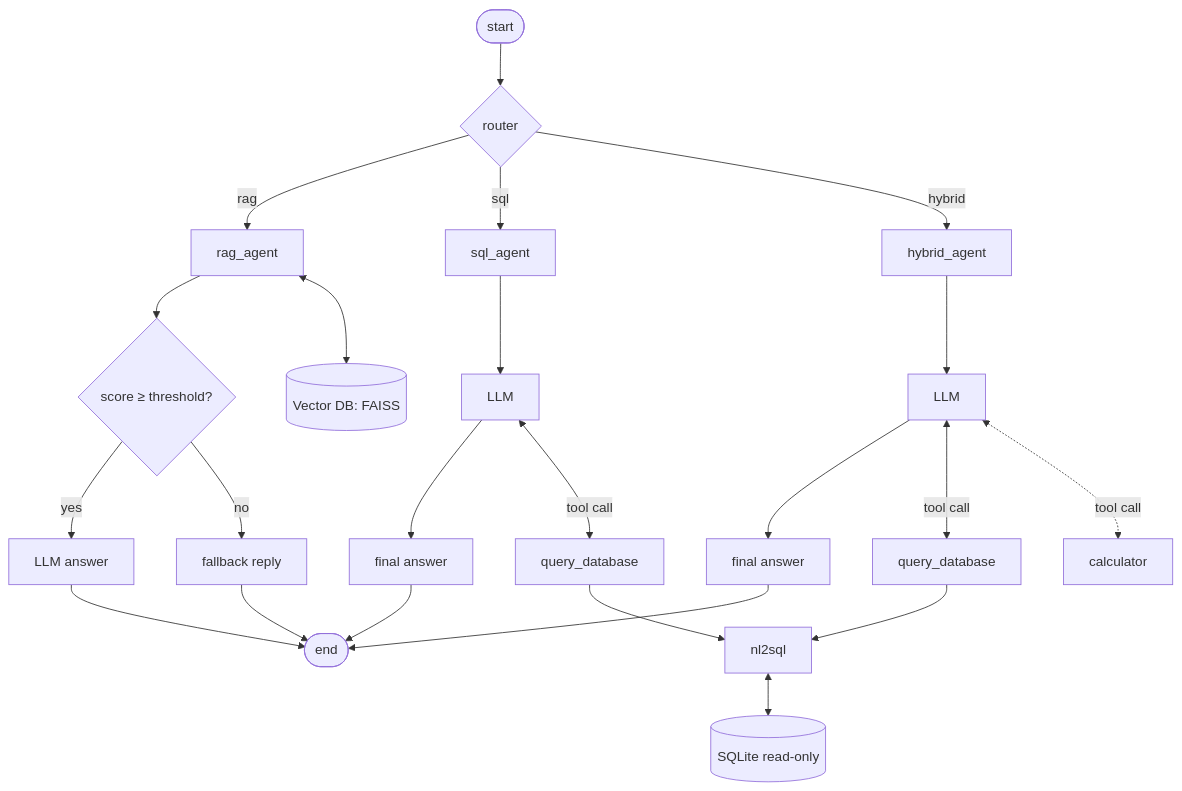
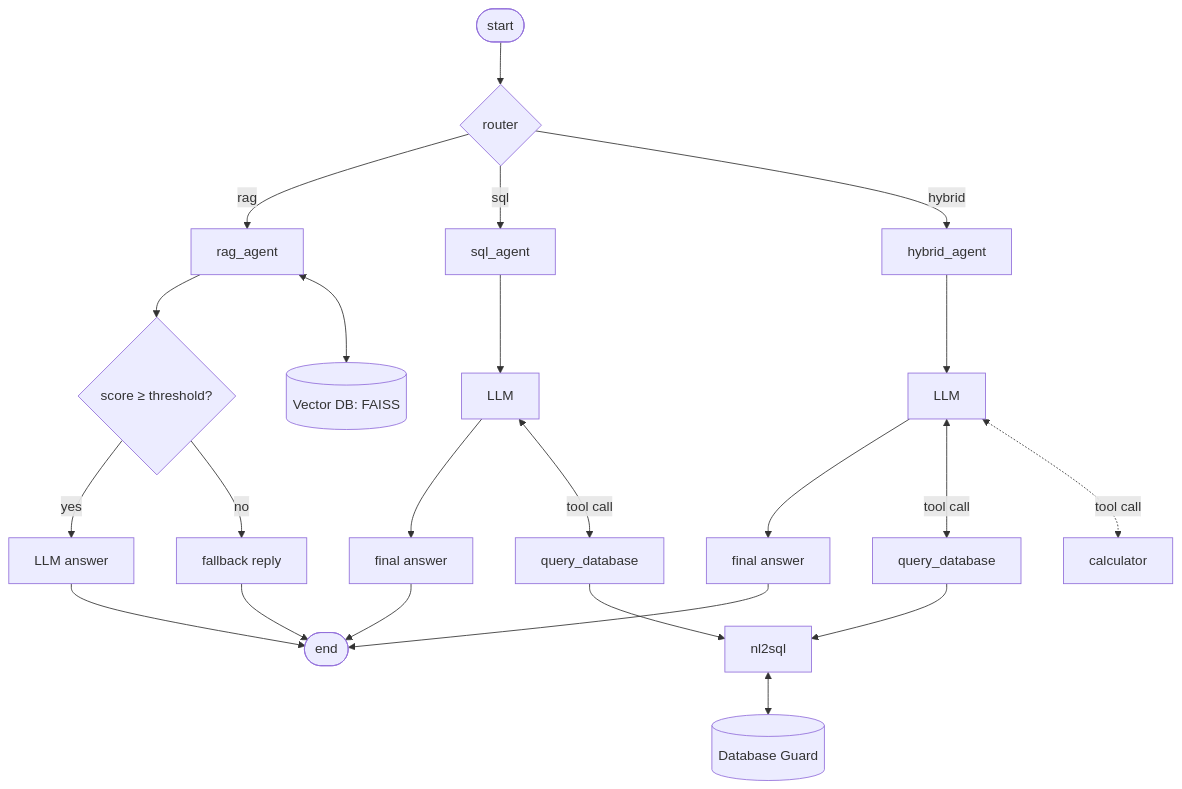
One commit to M-Taghizadeh/Adan_Agent changed the first of 3 diagrams in README.md. Above: the diagram before and after it, drawn with Mermaid.

````diff
--- a/README.md
+++ b/README.md
@@ -86,30 +86,30 @@
 ```mermaid
 flowchart TD
     S([start]) --> R{router}
     R -- rag --> RAG[rag_agent]
     R -- sql --> SQL[sql_agent]
     R -- hybrid --> HYB[hybrid_agent]
 
     RAG --> RF{score ≥ threshold?}
     RF -- yes --> RA[LLM answer]
     RF -- no --> RN[fallback reply]
     RAG <--> FAISS[(Vector DB: FAISS)]
 
     SQL --> SLLM[LLM]
     SLLM --> SA[final answer]
     SLLM <-- "tool call" --> SQD[query_database]
 
     HYB --> HLLM[LLM]
     HLLM --> HA[final answer]
     HLLM <-- "tool call" --> HQD[query_database]
     HLLM <-. "tool call" .-> CALC[calculator]
 
     SQD --> NL[nl2sql]
     HQD --> NL
-    NL <--> DB[(SQLite read-only)]
+    NL <--> DB[(Database Guard)]
 
     RA --> E([end])
     RN --> E
     SA --> E
     HA --> E
 ```
````
